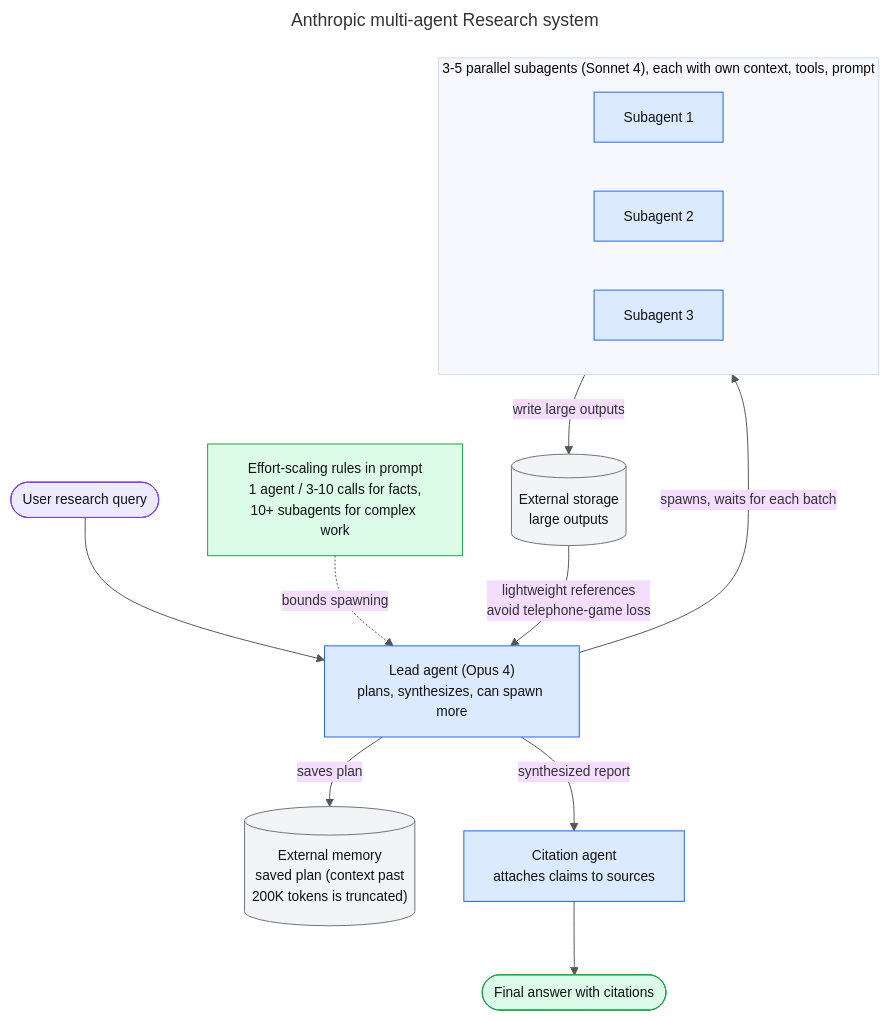
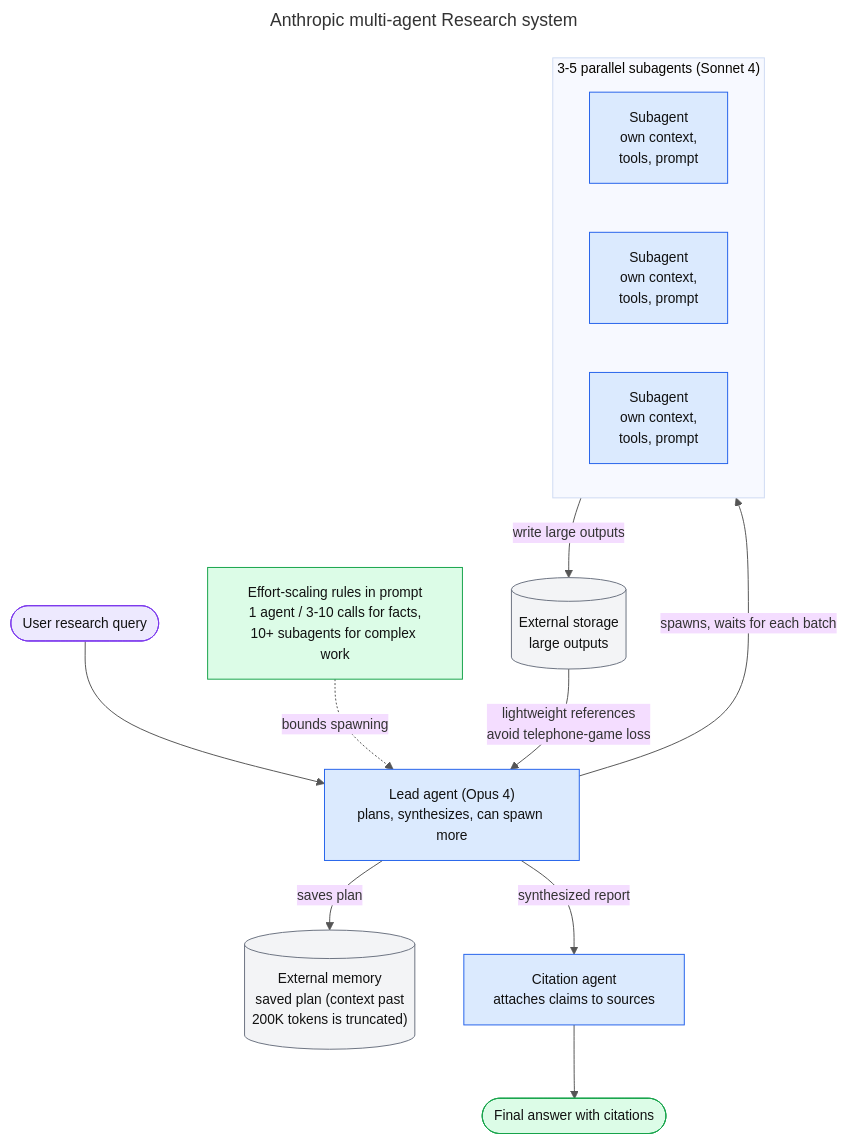
Before and after one commit to Joy9001/Arno: the diagram in docs/research/agentic-system-design/diagrams/cs-anthropic-research-system.mmd, drawn with Mermaid. The commit also changed 5 other files, not shown here.

First line of the commit message:
docs(research): add case-study diagrams (WIP)

```diff
--- a/docs/research/agentic-system-design/diagrams/cs-anthropic-research-system.mmd
+++ b/docs/research/agentic-system-design/diagrams/cs-anthropic-research-system.mmd
@@ -1,33 +1,33 @@
 ---
 title: Anthropic multi-agent Research system
 ---
 %%{init: {"theme":"base","themeVariables":{"fontFamily":"Helvetica, Arial, sans-serif","fontSize":"14px","lineColor":"#555555","background":"#ffffff"}}}%%
 flowchart TD
   Q([User research query]):::ext
   LEAD["Lead agent (Opus 4)<br/>plans, synthesizes, can spawn more"]:::llm
   MEM[("External memory<br/>saved plan (context past<br/>200K tokens is truncated)")]:::store
   RULES["Effort-scaling rules in prompt<br/>1 agent / 3-10 calls for facts,<br/>10+ subagents for complex work"]:::code
-  subgraph PAR ["3-5 parallel subagents (Sonnet 4), each with own context, tools, prompt"]
+  subgraph PAR ["3-5 parallel subagents (Sonnet 4)"]
     direction LR
-    S1["Subagent 1"]:::llm
-    S2["Subagent 2"]:::llm
-    S3["Subagent 3"]:::llm
+    S1["Subagent<br/>own context,<br/>tools, prompt"]:::llm
+    S2["Subagent<br/>own context,<br/>tools, prompt"]:::llm
+    S3["Subagent<br/>own context,<br/>tools, prompt"]:::llm
   end
   STORE[("External storage<br/>large outputs")]:::store
   CIT["Citation agent<br/>attaches claims to sources"]:::llm
   OUT([Final answer with citations]):::code
 
   Q --> LEAD
   RULES -.->|bounds spawning| LEAD
   LEAD -->|saves plan| MEM
   LEAD -->|spawns, waits for each batch| PAR
   PAR -->|write large outputs| STORE
   STORE -->|lightweight references<br/>avoid telephone-game loss| LEAD
   LEAD -->|synthesized report| CIT
   CIT --> OUT
   classDef llm fill:#DBEAFE,stroke:#2563EB,color:#111;
   classDef code fill:#DCFCE7,stroke:#16A34A,color:#111;
   classDef human fill:#FFEDD5,stroke:#EA580C,color:#111;
   classDef risk fill:#FEE2E2,stroke:#DC2626,color:#111;
   classDef store fill:#F3F4F6,stroke:#6B7280,color:#111;
   classDef ext fill:#EDE9FE,stroke:#7C3AED,color:#111;
```
